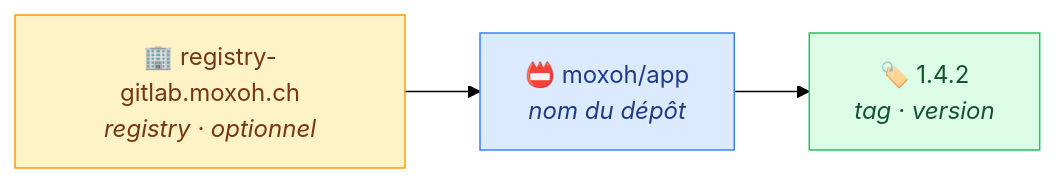
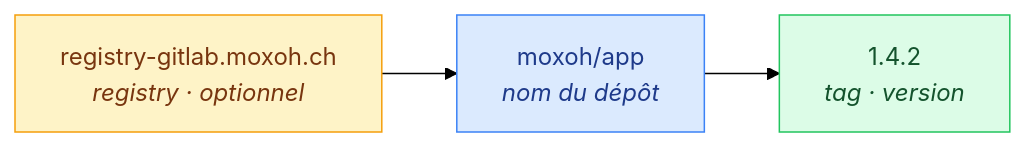
Before and after one commit to GoobyWoobies/HEIA-IT: the fourth of 6 diagrams in methodologie-securite-it/docker/03-images.md, drawn with Mermaid (forest theme). The commit also changed other lines of this file and 24 other files, not shown here.

````diff
--- a/methodologie-securite-it/docker/03-images.md
+++ b/methodologie-securite-it/docker/03-images.md
@@ -141,8 +141,8 @@
 ```mermaid
 flowchart LR
-    R["🏢 registry-gitlab.moxoh.ch<br/><i>registry · optionnel</i>"] --> N["📛 moxoh/app<br/><i>nom du dépôt</i>"] --> T["🏷️ 1.4.2<br/><i>tag · version</i>"]
+    R["registry-gitlab.moxoh.ch<br/><i>registry · optionnel</i>"] --> N["moxoh/app<br/><i>nom du dépôt</i>"] --> T["1.4.2<br/><i>tag · version</i>"]
 
     style R fill:#fef3c7,stroke:#f59e0b,color:#78350f
     style N fill:#dbeafe,stroke:#3b82f6,color:#1e3a8a
     style T fill:#dcfce7,stroke:#22c55e,color:#14532d
 ```
````
